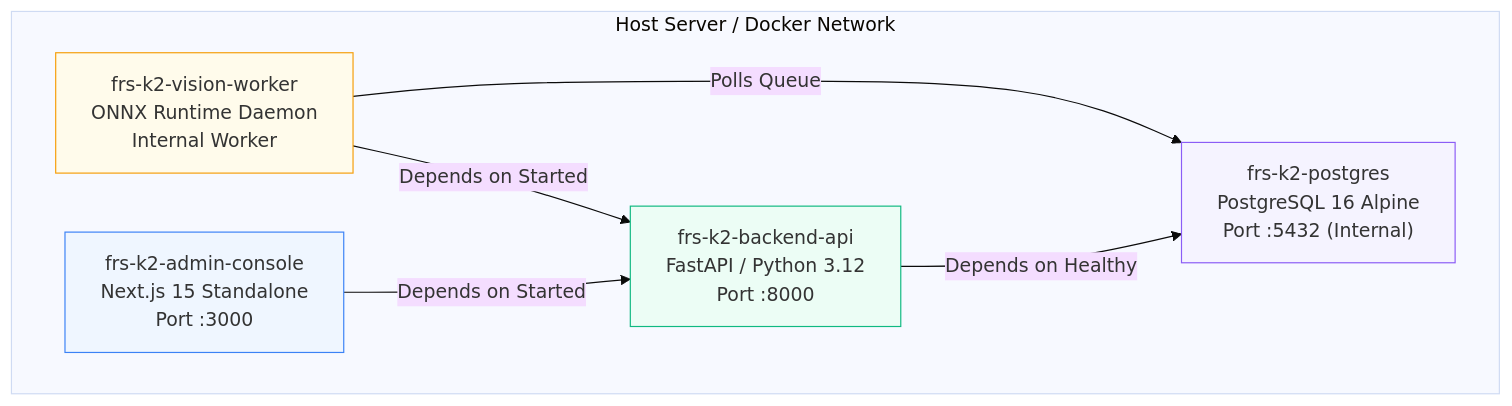
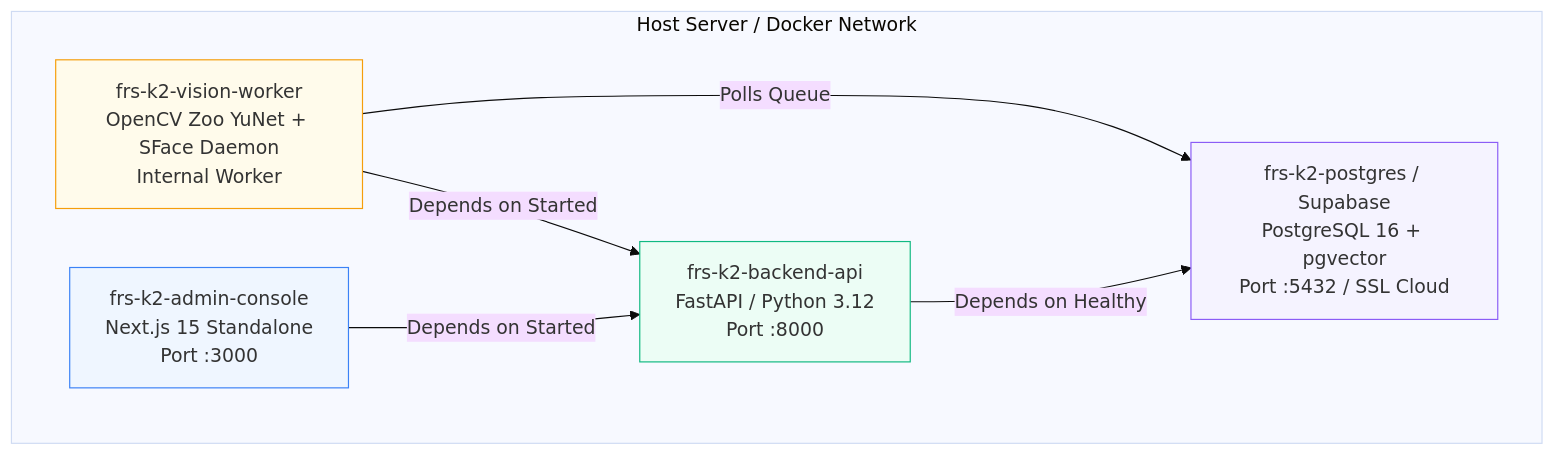
One commit to KatkamKoushik/K-Squared-Face-Recognition-Attendance-System changed the diagram in wiki/Operations-and-Deployment.md. Above: the diagram before and after it, drawn with Mermaid (base theme). The commit also changed other lines of this file and 33 other files, not shown here.

````diff
--- a/wiki/Operations-and-Deployment.md
+++ b/wiki/Operations-and-Deployment.md
@@ -9,19 +9,19 @@
 ```mermaid
 flowchart TD
     subgraph Host Server / Docker Network
-        C1["frs-k2-postgres<br/>PostgreSQL 16 Alpine<br/>Port :5432 (Internal)"]
+        C1["frs-k2-postgres / Supabase<br/>PostgreSQL 16 + pgvector<br/>Port :5432 / SSL Cloud"]
         C2["frs-k2-backend-api<br/>FastAPI / Python 3.12<br/>Port :8000"]
-        C3["frs-k2-vision-worker<br/>ONNX Runtime Daemon<br/>Internal Worker"]
+        C3["frs-k2-vision-worker<br/>OpenCV Zoo YuNet + SFace Daemon<br/>Internal Worker"]
         C4["frs-k2-admin-console<br/>Next.js 15 Standalone<br/>Port :3000"]
     end
 
     C2 -->|Depends on Healthy| C1
     C3 -->|Depends on Started| C2
     C3 -->|Polls Queue| C1
     C4 -->|Depends on Started| C2
 
     style C1 fill:#f5f3ff,stroke:#8b5cf6
     style C2 fill:#ecfdf5,stroke:#10b981
     style C3 fill:#fffbeb,stroke:#f59e0b
     style C4 fill:#eff6ff,stroke:#3b82f6
 ```
````
